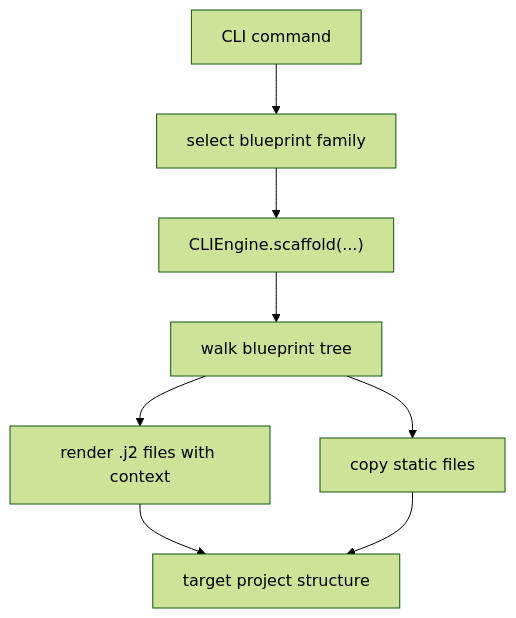
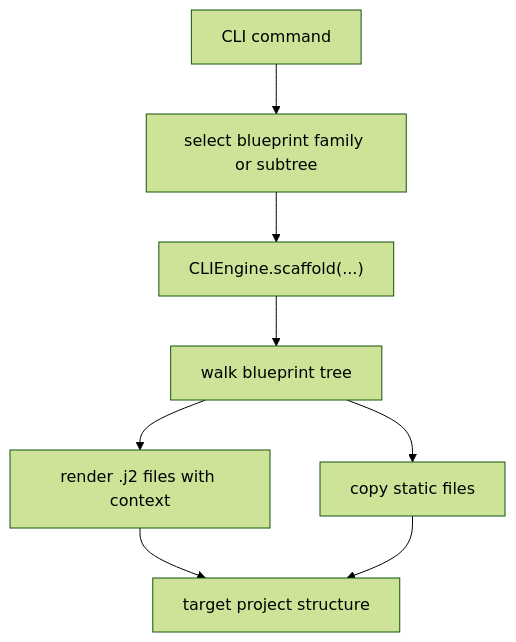
One commit to CodexDLC/codex-django-cli changed the diagram in docs/en/architecture/cli/blueprints.md. Above: the diagram before and after it, drawn with Mermaid (forest theme). The commit also changed other lines of this file and 18 other files, not shown here.

````diff
--- a/docs/en/architecture/cli/blueprints.md
+++ b/docs/en/architecture/cli/blueprints.md
@@ -130,10 +140,10 @@
 ```mermaid
 flowchart TD
-    A["CLI command"] --> B["select blueprint family"]
+    A["CLI command"] --> B["select blueprint family or subtree"]
     B --> C["CLIEngine.scaffold(...)"]
     C --> D["walk blueprint tree"]
     D --> E["render .j2 files with context"]
     D --> F["copy static files"]
     E --> G["target project structure"]
     F --> G
 ```
````
